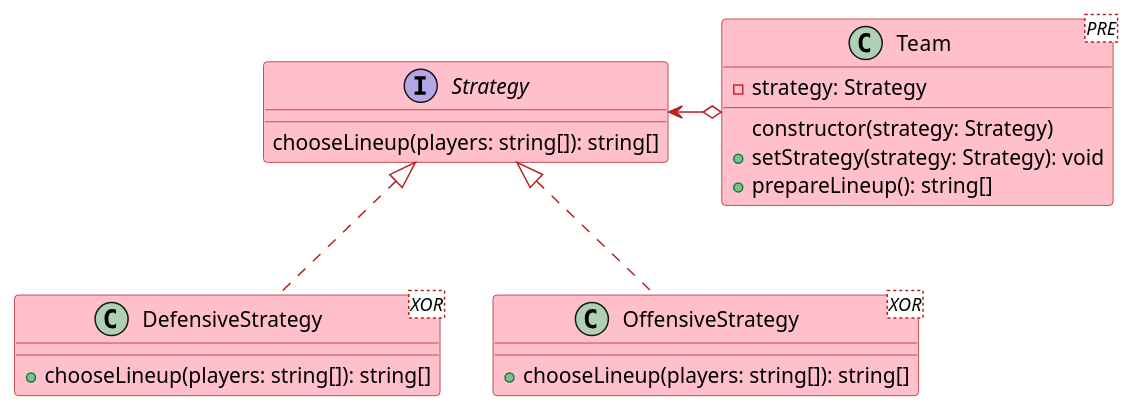
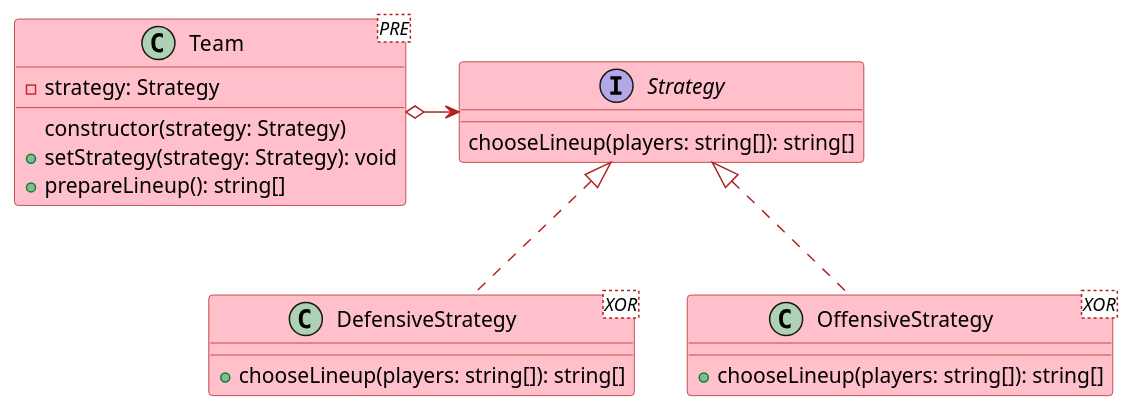
One commit to plkpiotr/design-patterns changed the diagram in src/app/behavioral/strategy/strategy.puml. Above: the diagram before and after it, drawn with PlantUML. The commit also changed 3 other files, not shown here.

Commit message:
Update PlantUML diagrams

```diff
--- a/src/app/behavioral/strategy/strategy.puml
+++ b/src/app/behavioral/strategy/strategy.puml
@@ -1,33 +1,33 @@
 @startuml
 
 skinparam class {
   backgroundColor pink
   arrowColor firebrick
   borderColor firebrick
 }
 
 interface Strategy {
   chooseLineup(players: string[]): string[]
 }
 
 class Team <PRE> {
   - strategy: Strategy
   constructor(strategy: Strategy)
   + setStrategy(strategy: Strategy): void
   + prepareLineup(): string[]
 }
 
 class DefensiveStrategy <XOR> {
   + chooseLineup(players: string[]): string[]
 }
 
 class OffensiveStrategy <XOR> {
   + chooseLineup(players: string[]): string[]
 }
 
-Strategy <-o Team
+Team o-> Strategy
 
 Strategy <|.. DefensiveStrategy
 Strategy <|.. OffensiveStrategy
 
 @enduml
```
